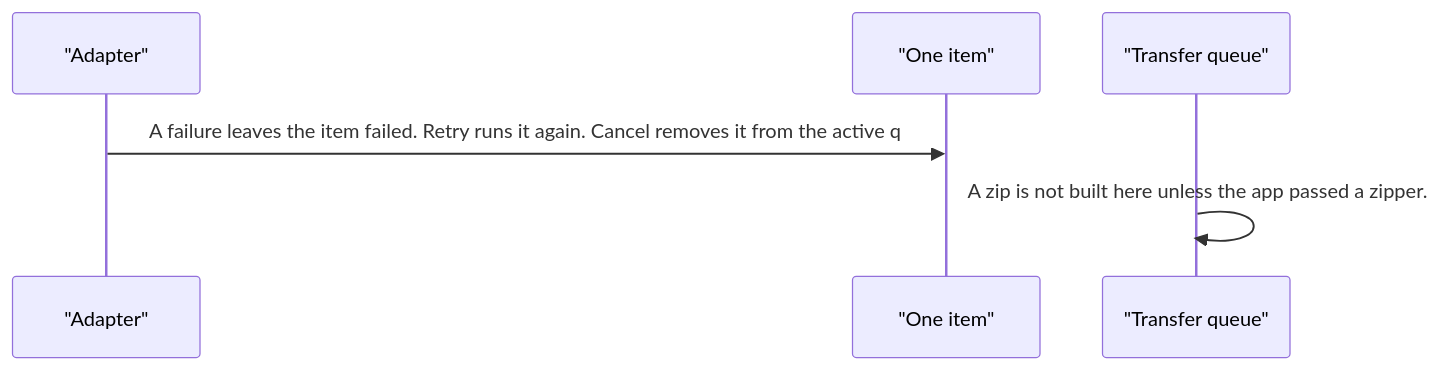
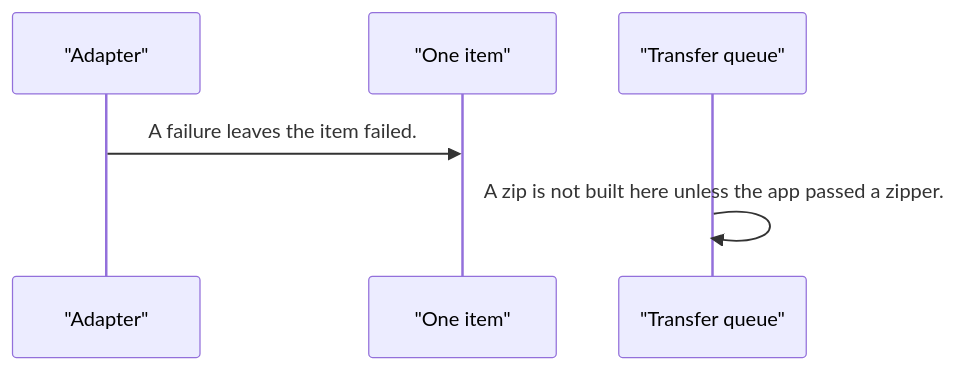
One commit to RajshekharBorate/pixel-ui changed the fourth of 4 diagrams in projects/pixel-ui/src/lib/services/file-transfer/DESIGN.md. Above: the diagram before and after it, drawn with Mermaid. The commit also changed other lines of this file and 80 other files, not shown here.

Commit message:
Fill missing design flows and correct the stories that did not match component behavior.

````diff
--- a/projects/pixel-ui/src/lib/services/file-transfer/DESIGN.md
+++ b/projects/pixel-ui/src/lib/services/file-transfer/DESIGN.md
@@ -78,8 +78,8 @@
 ```mermaid
 sequenceDiagram
   participant adapter as "Adapter"
   participant item as "One item"
   participant queue as "Transfer queue"
-  adapter->>item: A failure leaves the item failed. Retry runs it again. Cancel removes it from the active q
+  adapter->>item: A failure leaves the item failed.
   queue->>queue: A zip is not built here unless the app passed a zipper.
 ```
````
